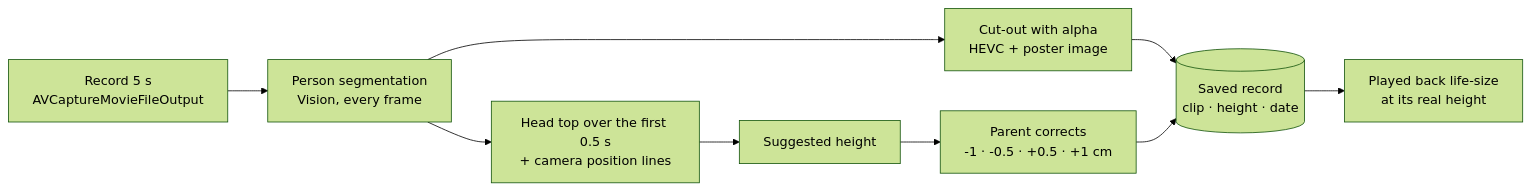
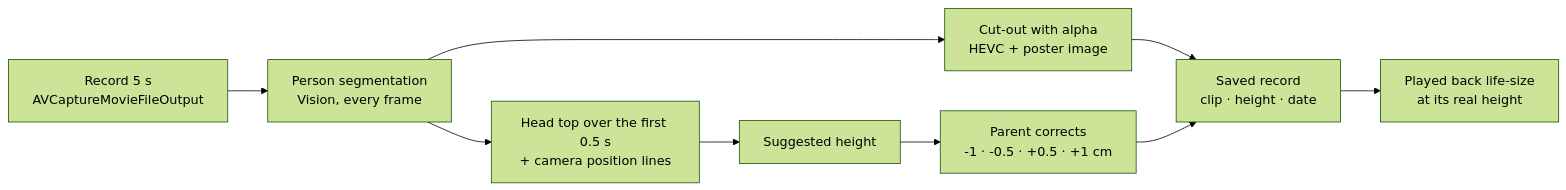
The third of 3 diagrams in README.md (chaneeii/HeightRitual), drawn with Mermaid (forest theme) before and after one commit. The commit also changed other lines of this file, not shown here.

Commit message:
Fix README diagrams that GitHub could not render

````diff
--- a/README.md
+++ b/README.md
@@ -111,11 +111,11 @@
 ```mermaid
 flowchart LR
     A["Record 5 s<br/>AVCaptureMovieFileOutput"] --> B["Person segmentation<br/>Vision, every frame"]
     B --> C["Cut-out with alpha<br/>HEVC + poster image"]
     B --> D["Head top over the first 0.5 s<br/>+ camera position lines"]
     D --> E["Suggested height"]
     E --> F["Parent corrects<br/>-1 · -0.5 · +0.5 · +1 cm"]
-    C --> G[("Saved record<br/>clip · height · date")]
+    C --> G["Saved record<br/>clip · height · date"]
     F --> G
     G --> H["Played back life-size<br/>at its real height"]
 ```
````
